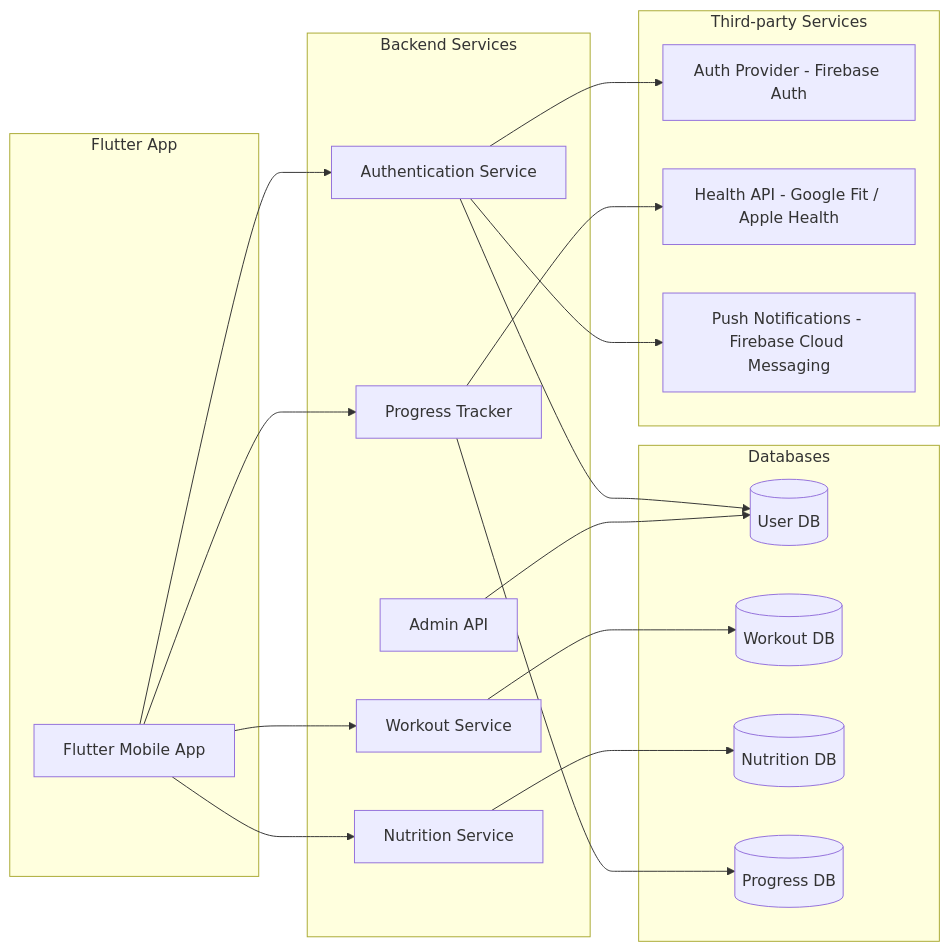
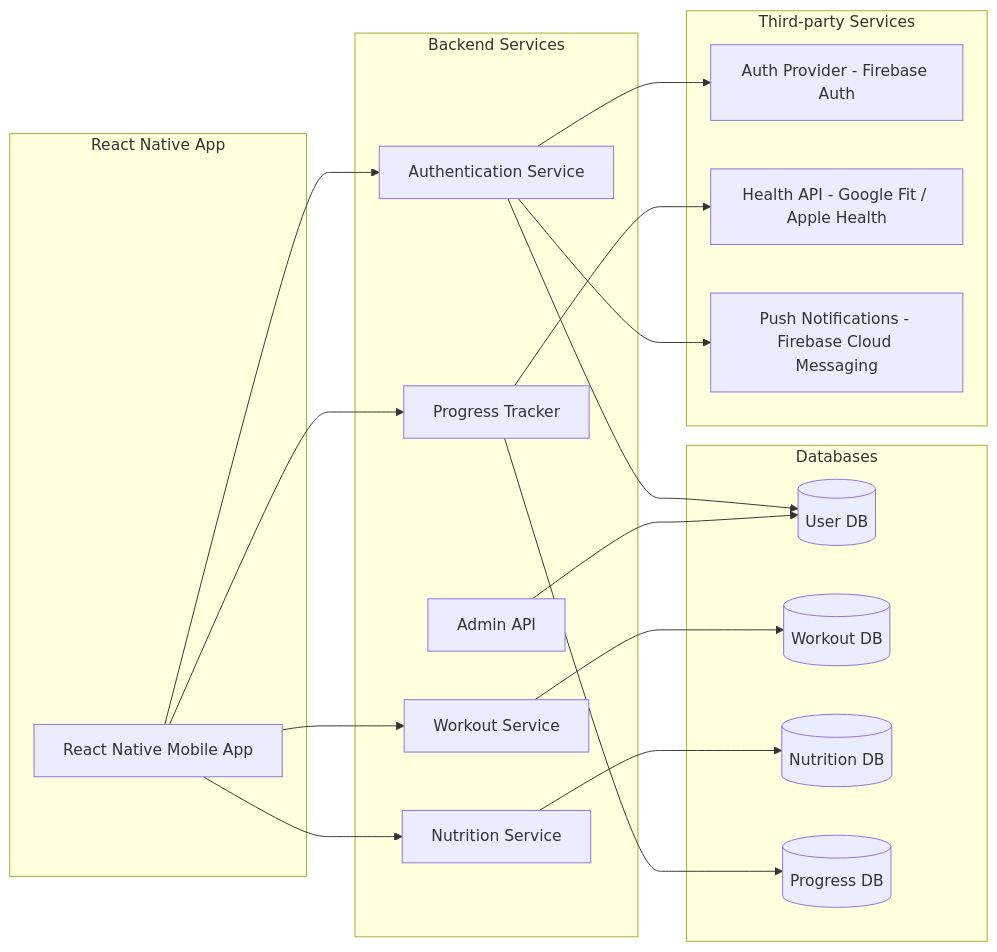
Before and after one commit to SivaSabariGanesan/Software-Contruction: the diagram in UML-Architecture-Diagram.md, drawn with Mermaid.

````diff
--- a/UML-Architecture-Diagram.md
+++ b/UML-Architecture-Diagram.md
@@ -1,50 +1,50 @@
 ```mermaid
 flowchart LR
 
     %% Client
-    subgraph CLIENT [Flutter App]
-        A1[Flutter Mobile App]
+    subgraph CLIENT [React Native App]
+        A1[React Native Mobile App]
     end
 
     %% Backend Services
     subgraph BACKEND [Backend Services]
         B1[Authentication Service]
         B2[Workout Service]
         B3[Nutrition Service]
         B4[Progress Tracker]
         B5[Admin API]
     end
 
     %% Databases
     subgraph DATABASE [Databases]
         D1[(User DB)]
         D2[(Workout DB)]
         D3[(Nutrition DB)]
         D4[(Progress DB)]
     end
 
     %% External Services
     subgraph THIRD_PARTY [Third-party Services]
         T1[Auth Provider - Firebase Auth]
         T2[Health API - Google Fit / Apple Health]
         T3[Push Notifications - Firebase Cloud Messaging]
     end
 
     %% Client to Backend
     A1 --> B1
     A1 --> B2
     A1 --> B3
     A1 --> B4
 
     %% Backend to Databases
     B1 --> D1
     B2 --> D2
     B3 --> D3
     B4 --> D4
     B5 --> D1
 
     %% Backend to External Services
     B1 --> T1
     B4 --> T2
     B1 --> T3
 ```
````
